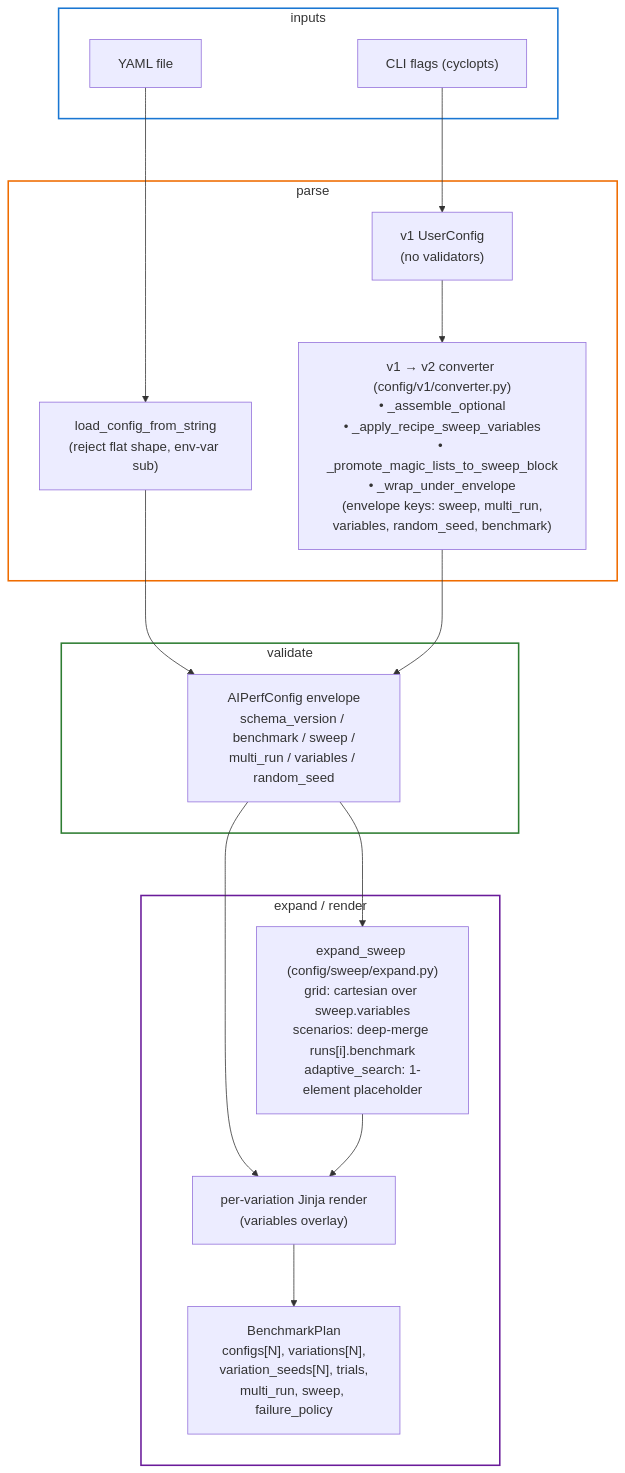
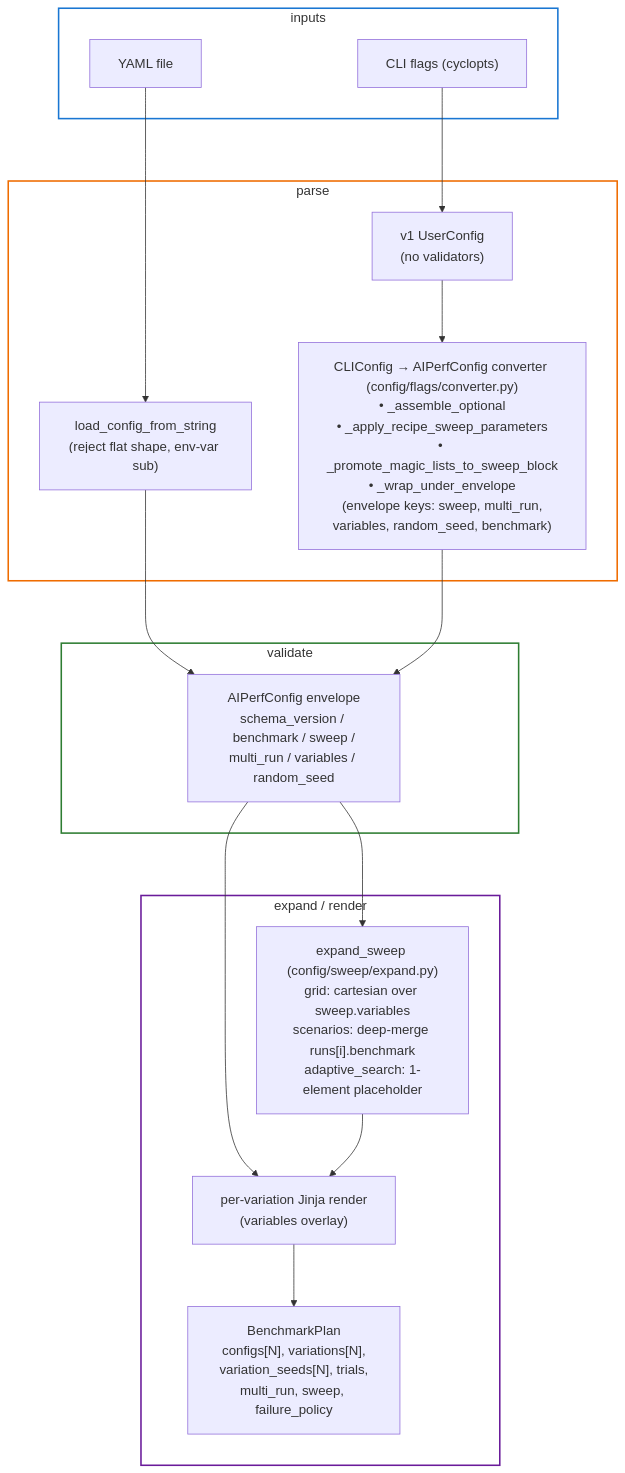
Before and after one commit to ai-dynamo/aiperf: the fourth of 24 diagrams in docs/dev/sweep-orchestrator-flow.md, drawn with Mermaid. The commit also changed other lines of this file and 11 other files, not shown here.

````diff
--- a/docs/dev/sweep-orchestrator-flow.md
+++ b/docs/dev/sweep-orchestrator-flow.md
@@ -115,40 +115,40 @@
 ```mermaid
 %%{init: {'flowchart': {'nodeSpacing': 60, 'rankSpacing': 80, 'padding': 18, 'htmlLabels': true, 'curve': 'basis'}, 'themeVariables': {'fontSize': '17px'}}}%%
 flowchart TD
     subgraph INPUTS["inputs"]
         yaml["YAML file"]
         cli["CLI flags (cyclopts)"]
     end
 
     subgraph PARSE["parse"]
         loader["load_config_from_string<br/>(reject flat shape, env-var sub)"]
         v1["v1 UserConfig<br/>(no validators)"]
-        conv["v1 → v2 converter (config/v1/converter.py)<br/>• _assemble_optional<br/>• _apply_recipe_sweep_variables<br/>• _promote_magic_lists_to_sweep_block<br/>• _wrap_under_envelope<br/>(envelope keys: sweep, multi_run,<br/>variables, random_seed, benchmark)"]
+        conv["CLIConfig → AIPerfConfig converter (config/flags/converter.py)<br/>• _assemble_optional<br/>• _apply_recipe_sweep_parameters<br/>• _promote_magic_lists_to_sweep_block<br/>• _wrap_under_envelope<br/>(envelope keys: sweep, multi_run,<br/>variables, random_seed, benchmark)"]
     end
 
     subgraph VALIDATE["validate"]
         envelope["AIPerfConfig envelope<br/>schema_version / benchmark / sweep /<br/>multi_run / variables / random_seed"]
     end
 
     subgraph BUILD["expand / render"]
         expand["expand_sweep (config/sweep/expand.py)<br/>grid: cartesian over sweep.variables<br/>scenarios: deep-merge runs[i].benchmark<br/>adaptive_search: 1-element placeholder"]
         jinja["per-variation Jinja render<br/>(variables overlay)"]
         bp["BenchmarkPlan<br/>configs[N], variations[N],<br/>variation_seeds[N], trials,<br/>multi_run, sweep, failure_policy"]
     end
 
     yaml --> loader
     cli --> v1
     v1 --> conv
     loader --> envelope
     conv --> envelope
 
     envelope --> jinja
     envelope --> expand
     expand --> jinja
     jinja --> bp
 
     style INPUTS fill:transparent,stroke:#1976d2,stroke-width:2px,stroke-dasharray:0
     style PARSE fill:transparent,stroke:#ef6c00,stroke-width:2px,stroke-dasharray:0
     style VALIDATE fill:transparent,stroke:#2e7d32,stroke-width:2px,stroke-dasharray:0
     style BUILD fill:transparent,stroke:#6a1b9a,stroke-width:2px,stroke-dasharray:0
 ```
````
